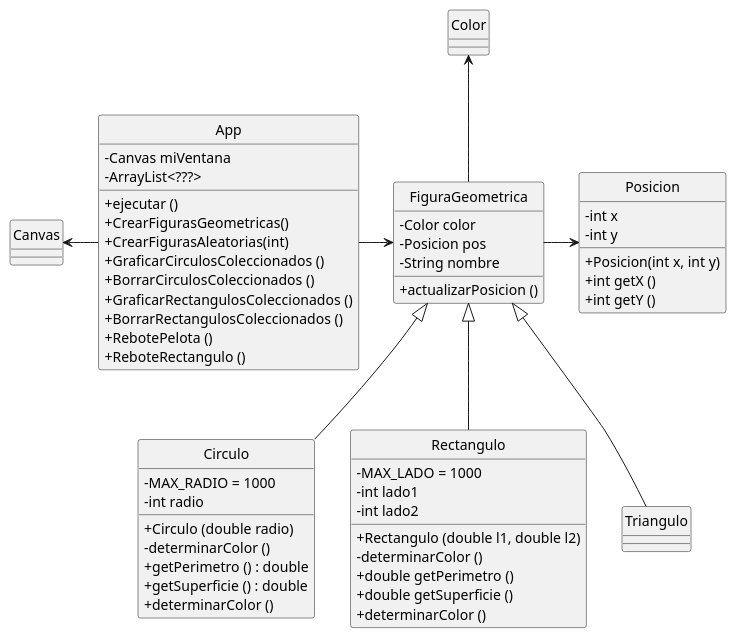
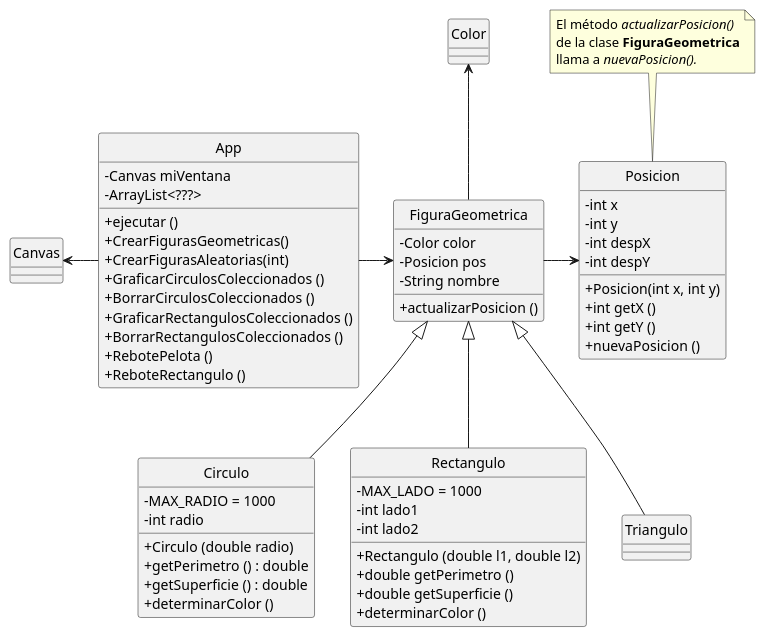
One commit to meschoyez/111mil-2020-PrimerosObjetos changed the diagram in AppHerencia.puml. Above: the diagram before and after it, drawn with PlantUML. The commit also changed 4 other files, not shown here.

```diff
--- a/AppHerencia.puml
+++ b/AppHerencia.puml
@@ -1,66 +1,73 @@
 @startuml AppHerencia
 
 skinparam ClassAttributeIconSize 0
 hide circle
 
 class App {
     - Canvas miVentana
     - ArrayList<???> 
     + ejecutar ()
     + CrearFigurasGeometricas()
     + CrearFigurasAleatorias(int)
     + GraficarCirculosColeccionados ()
     + BorrarCirculosColeccionados ()
     + GraficarRectangulosColeccionados ()
     + BorrarRectangulosColeccionados ()
     + RebotePelota ()
     + ReboteRectangulo ()
 }
 
 class Posicion {
     - int x
     - int y
+    - int despX
+    - int despY
     + Posicion(int x, int y)
     + int getX ()
     + int getY ()
+    + nuevaPosicion ()
 }
 
 class FiguraGeometrica {
     - Color color
     - Posicion pos
     - String nombre
     + actualizarPosicion ()
 }
 
 class Circulo {
     - MAX_RADIO = 1000
     - int radio
     + Circulo (double radio)
-    - determinarColor ()
     + getPerimetro () : double
     + getSuperficie () : double
     + determinarColor ()
 }
 
 class Rectangulo {
     - MAX_LADO = 1000
     - int lado1
     - int lado2
     + Rectangulo (double l1, double l2)
-    - determinarColor ()
     + double getPerimetro ()
     + double getSuperficie ()
     + determinarColor ()
 }
 
 App -> FiguraGeometrica
 App -left-> Canvas
 
 FiguraGeometrica <|-- Circulo
 FiguraGeometrica <|-- Rectangulo
 FiguraGeometrica <|-- Triangulo
 
 FiguraGeometrica -> Posicion
 FiguraGeometrica -up-> Color
 
+note top of Posicion
+    El método <i>actualizarPosicion()</i>
+    de la clase <b>FiguraGeometrica</b>
+    llama a <i>nuevaPosicion()<i>. 
+end note
+
 @enduml
```
